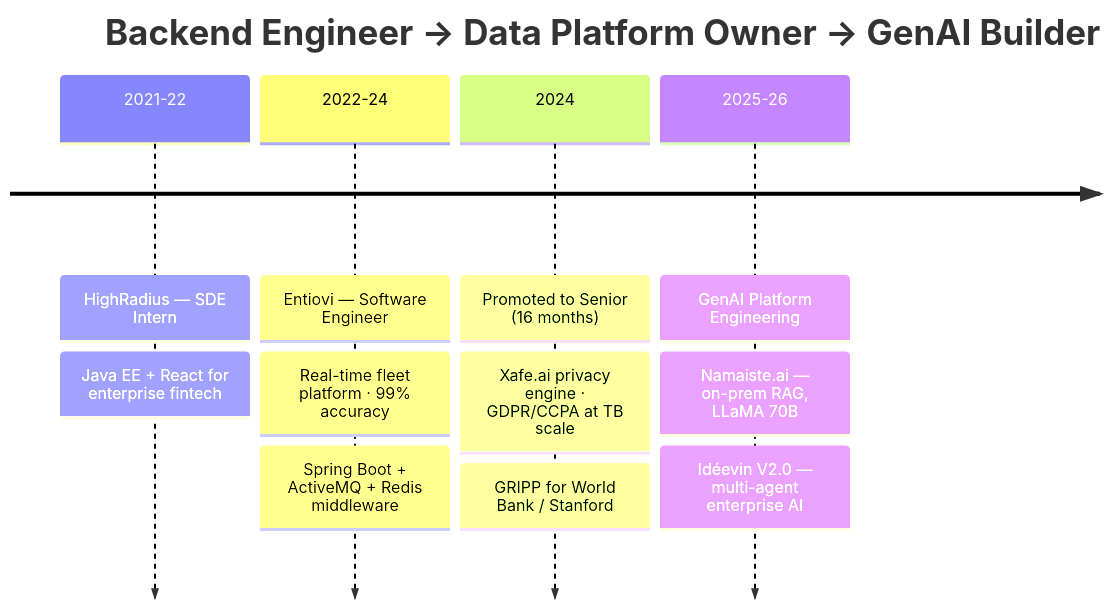
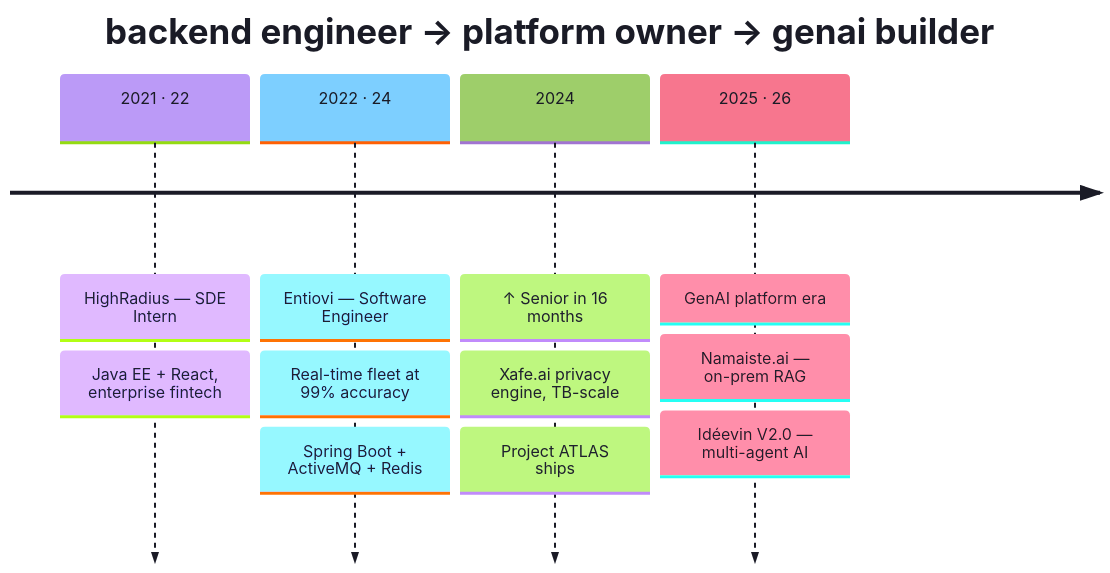
One commit to rohan1769/rohan1769 changed the second of 2 diagrams in README.md. Above: the diagram before and after it, drawn with Mermaid. The commit also changed other lines of this file, not shown here.

````diff
--- a/README.md
+++ b/README.md
@@ -81,15 +169,11 @@
 ```mermaid
+%%{init: {'theme':'base','themeVariables':{
+  'cScale0':'#bb9af7','cScale1':'#7dcfff','cScale2':'#9ece6a','cScale3':'#f7768e',
+  'primaryTextColor':'#1a1b26','fontFamily':'Fira Code'}}}%%
 timeline
-    title Backend Engineer → Data Platform Owner → GenAI Builder
-    2021-22 : HighRadius — SDE Intern
-            : Java EE + React for enterprise fintech
-    2022-24 : Entiovi — Software Engineer
-            : Real-time fleet platform · 99% accuracy
-            : Spring Boot + ActiveMQ + Redis middleware
-    2024 : Promoted to Senior (16 months)
-         : Xafe.ai privacy engine · GDPR/CCPA at TB scale
-         : GRIPP for World Bank / Stanford
-    2025-26 : GenAI Platform Engineering
-            : Namaiste.ai — on-prem RAG, LLaMA 70B
-            : Idéevin V2.0 — multi-agent enterprise AI
+    title backend engineer → platform owner → genai builder
+    2021 · 22 : HighRadius — SDE Intern : Java EE + React, enterprise fintech
+    2022 · 24 : Entiovi — Software Engineer : Real-time fleet at 99% accuracy : Spring Boot + ActiveMQ + Redis
+    2024 : ↑ Senior in 16 months : Xafe.ai privacy engine, TB-scale : Project ATLAS ships
+    2025 · 26 : GenAI platform era : Namaiste.ai — on-prem RAG : Idéevin V2.0 — multi-agent AI
 ```
````
